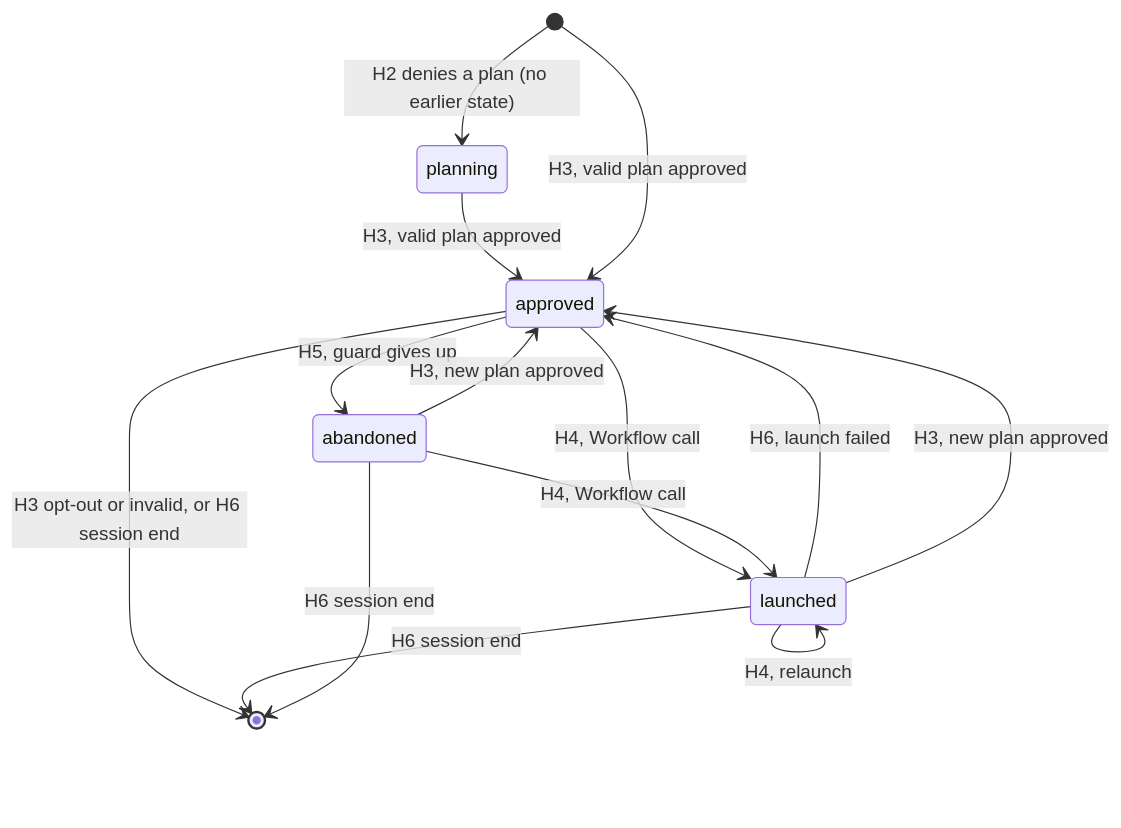
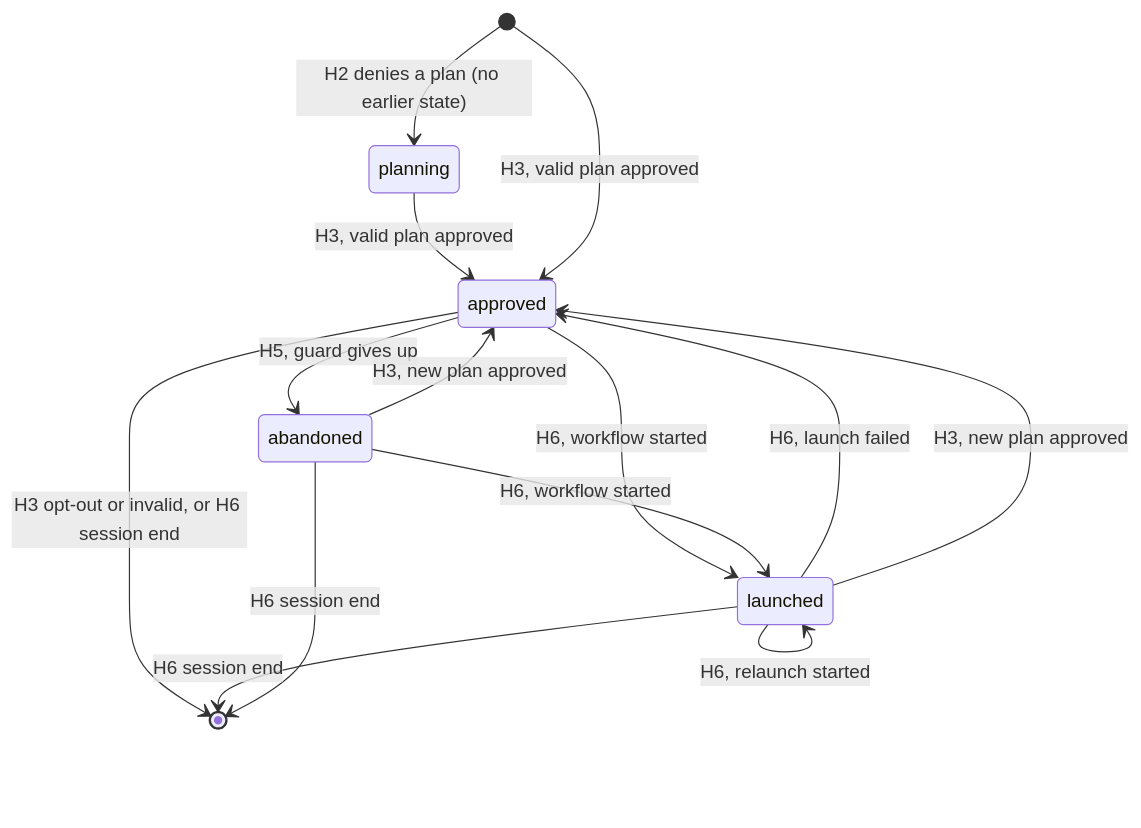
The second of 2 diagrams in docs/planandtier/planandtier-reference.md (timschreiber/claude-plugins), drawn with Mermaid before and after one commit. The commit also changed other lines of this file and 5 other files, not shown here.

````diff
--- a/docs/planandtier/planandtier-reference.md
+++ b/docs/planandtier/planandtier-reference.md
@@ -401,16 +469,16 @@
 ```mermaid
 stateDiagram-v2
     [*] --> planning: H2 denies a plan (no earlier state)
     planning --> approved: H3, valid plan approved
     [*] --> approved: H3, valid plan approved
-    approved --> launched: H4, Workflow call
-    launched --> launched: H4, relaunch
+    approved --> launched: H6, workflow started
+    launched --> launched: H6, relaunch started
     launched --> approved: H6, launch failed
     approved --> abandoned: H5, guard gives up
-    abandoned --> launched: H4, Workflow call
+    abandoned --> launched: H6, workflow started
     abandoned --> approved: H3, new plan approved
     launched --> approved: H3, new plan approved
     approved --> [*]: H3 opt-out or invalid, or H6 session end
     launched --> [*]: H6 session end
     abandoned --> [*]: H6 session end
 ```
````
